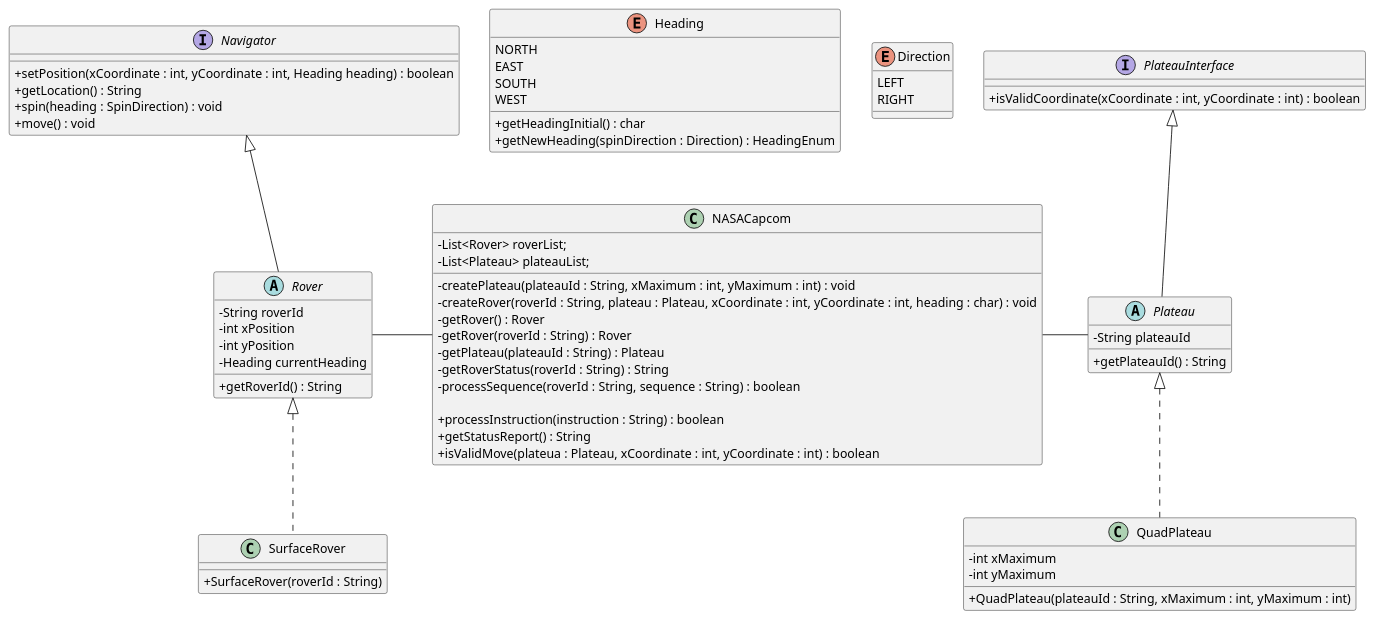
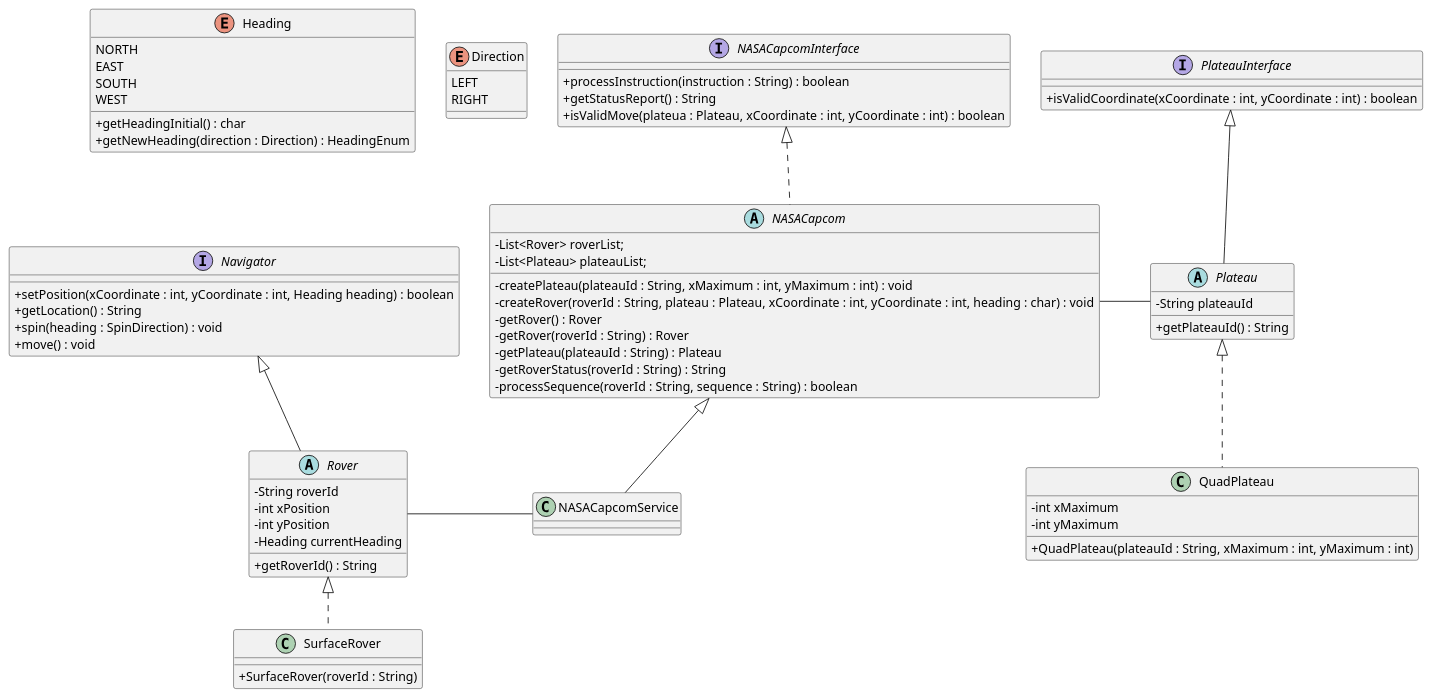
One commit to probert999/mars-rover changed the diagram in uml/MarsRoverClassDiagram.puml. Above: the diagram before and after it, drawn with PlantUML. The commit also changed 12 other files, not shown here.

Commit message:
Completed Rover tests.  Split NASACapcom into interface and service. Updated UML

```diff
--- a/uml/MarsRoverClassDiagram.puml
+++ b/uml/MarsRoverClassDiagram.puml
@@ -1,81 +1,87 @@
 @startuml
 skinparam classAttributeIconSize 0
 
 interface Navigator {
     + setPosition(xCoordinate : int, yCoordinate : int, Heading heading) : boolean
     + getLocation() : String
     + spin(heading : SpinDirection) : void
     + move() : void
 }
 
 abstract class Rover extends Navigator  {
   - String roverId
   - int xPosition
   - int yPosition
   - Heading currentHeading
 
   + getRoverId() : String
 }
 
 class SurfaceRover implements Rover  {
     + SurfaceRover(roverId : String)
 }
 
 interface PlateauInterface  {
    + isValidCoordinate(xCoordinate : int, yCoordinate : int) : boolean
 }
 
 abstract class Plateau extends PlateauInterface {
   - String plateauId
   + getPlateauId() : String
 }
 
 class QuadPlateau implements Plateau {
   - int xMaximum
   - int yMaximum
 
    + QuadPlateau(plateauId : String, xMaximum : int, yMaximum : int)
 
 }
 
 
 enum Heading
 {
 NORTH
 EAST
 SOUTH
 WEST
 + getHeadingInitial() : char
-+ getNewHeading(spinDirection : Direction) : HeadingEnum
++ getNewHeading(direction : Direction) : HeadingEnum
 }
 
 enum Direction
 {
 LEFT
 RIGHT
 }
 
-class NASACapcom {
+interface NASACapcomInterface {
+  + processInstruction(instruction : String) : boolean
+  + getStatusReport() : String
+  + isValidMove(plateua : Plateau, xCoordinate : int, yCoordinate : int) : boolean
+}
+
+abstract class NASACapcom implements NASACapcomInterface {
   - List<Rover> roverList;
   - List<Plateau> plateauList;
 
   - createPlateau(plateauId : String, xMaximum : int, yMaximum : int) : void
   - createRover(roverId : String, plateau : Plateau, xCoordinate : int, yCoordinate : int, heading : char) : void
   - getRover() : Rover
   - getRover(roverId : String) : Rover
   - getPlateau(plateauId : String) : Plateau
   - getRoverStatus(roverId : String) : String
   - processSequence(roverId : String, sequence : String) : boolean
+}
 
-  + processInstruction(instruction : String) : boolean
-  + getStatusReport() : String
-  + isValidMove(plateua : Plateau, xCoordinate : int, yCoordinate : int) : boolean
+class NASACapcomService extends NASACapcom
+{
 }
 
 NASACapcom - Plateau
-Rover - NASACapcom
+Rover - NASACapcomService
 
 
-Heading -[hidden] Navigator
 Heading -[hidden] Direction
+Direction -[hidden] NASACapcomInterface
 @enduml
```
